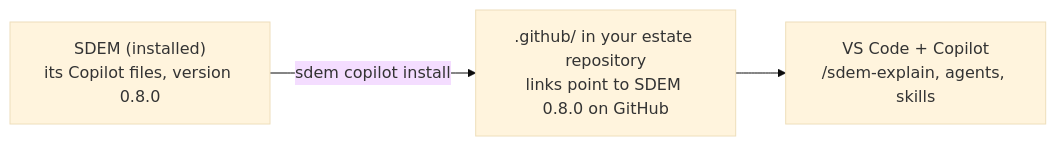
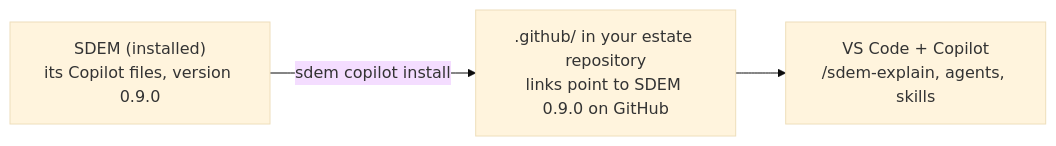
One commit to taumoeps/bian-sdem-framework changed the diagram in docs/design/sdem-copilot-install-design.md. Above: the diagram before and after it, drawn with Mermaid (base theme). The commit also changed 16 other files, not shown here.

Commit message:
Release preparation v0.9.0 — base BIAN and operational readiness: version 0.9.0, estate template pinned to v0.9.0, CHANGELOG section, ROADMAP, status lines

````diff
--- a/docs/design/sdem-copilot-install-design.md
+++ b/docs/design/sdem-copilot-install-design.md
@@ -18,5 +18,5 @@
 ```mermaid
 flowchart LR
-    S["SDEM (installed)<br/>its Copilot files, version 0.8.0"] -- "sdem copilot install" --> E[".github/ in your estate repository<br/>links point to SDEM 0.8.0 on GitHub"]
+    S["SDEM (installed)<br/>its Copilot files, version 0.9.0"] -- "sdem copilot install" --> E[".github/ in your estate repository<br/>links point to SDEM 0.9.0 on GitHub"]
     E --> V["VS Code + Copilot<br/>/sdem-explain, agents, skills"]
 ```
````
